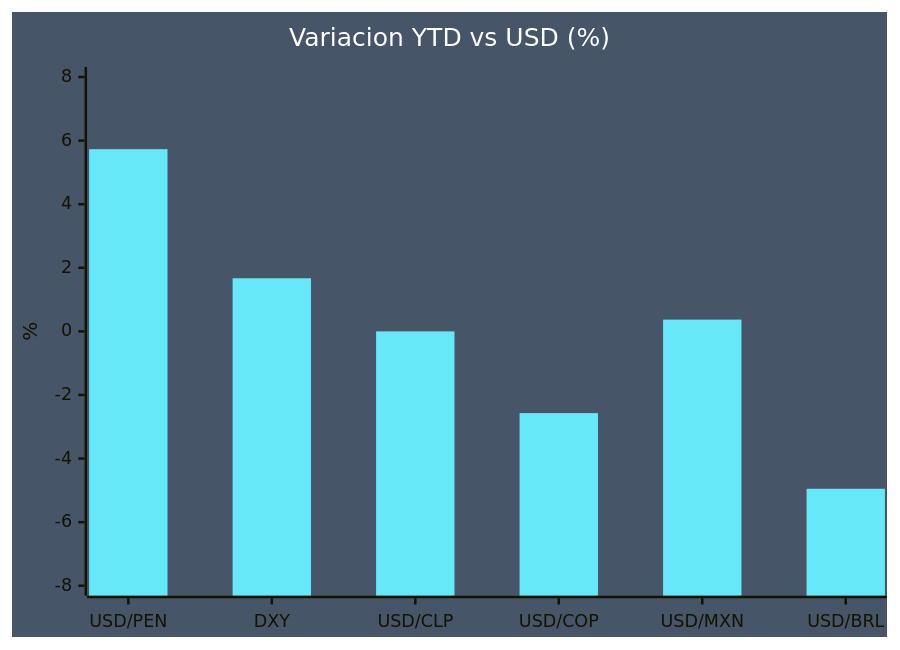
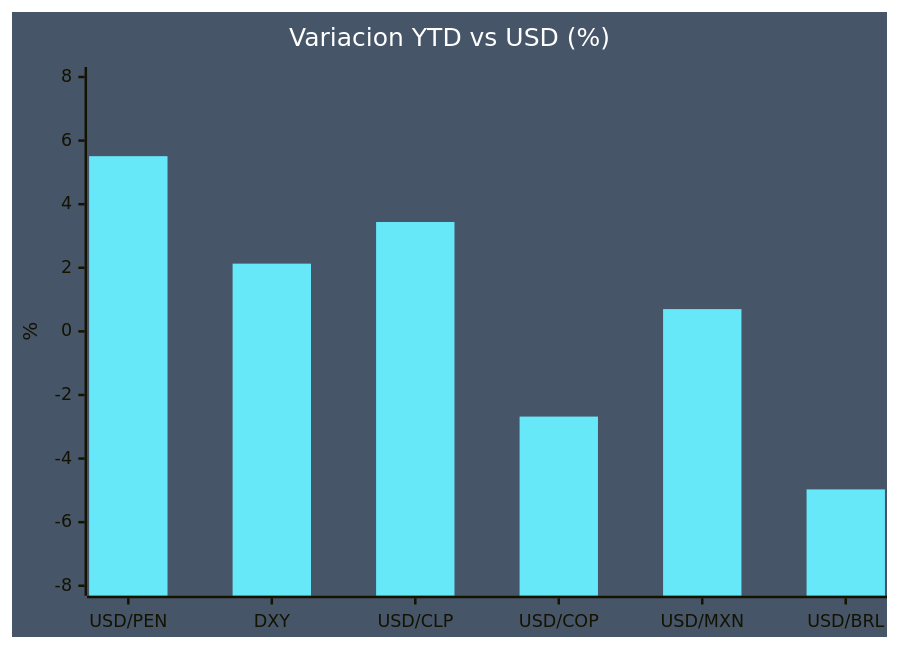
One commit to kanoso/tablero-divisas changed the fifth of 9 diagrams in reports/2026-03-30.md. Above: the diagram before and after it, drawn with Mermaid. The commit also changed other lines of this file and 2 other files, not shown here.

````diff
--- a/reports/2026-03-30.md
+++ b/reports/2026-03-30.md
@@ -109,8 +109,8 @@
 ```mermaid
 %%{init: {"theme":"base","themeVariables":{"xyChart":{"backgroundColor":"#475569","plotBackgroundColor":"#334155","plotColorPalette":"#67e8f9","titleColor":"#ffffff","axisLineColor":"#cbd5e1","labelColor":"#ffffff","tickColor":"#cbd5e1"}}}}%%
 xychart-beta
     title "Variacion YTD vs USD (%)"
     x-axis ["USD/PEN", "DXY", "USD/CLP", "USD/COP", "USD/MXN", "USD/BRL"]
     y-axis "%" -8 --> 8
-    bar [5.73, 1.67, 0.00, -2.57, 0.37, -4.95]
+    bar [5.51, 2.13, 3.44, -2.68, 0.70, -4.97]
 ```
````
